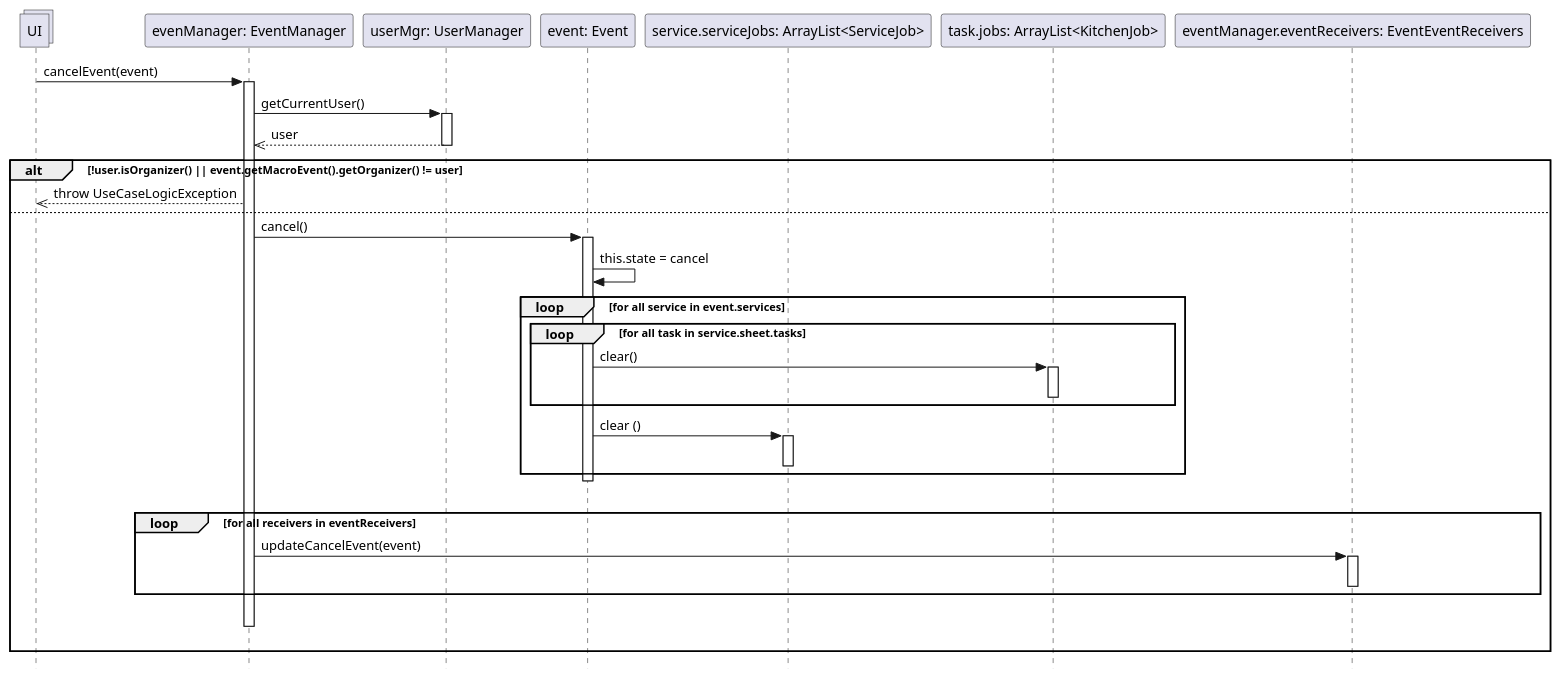
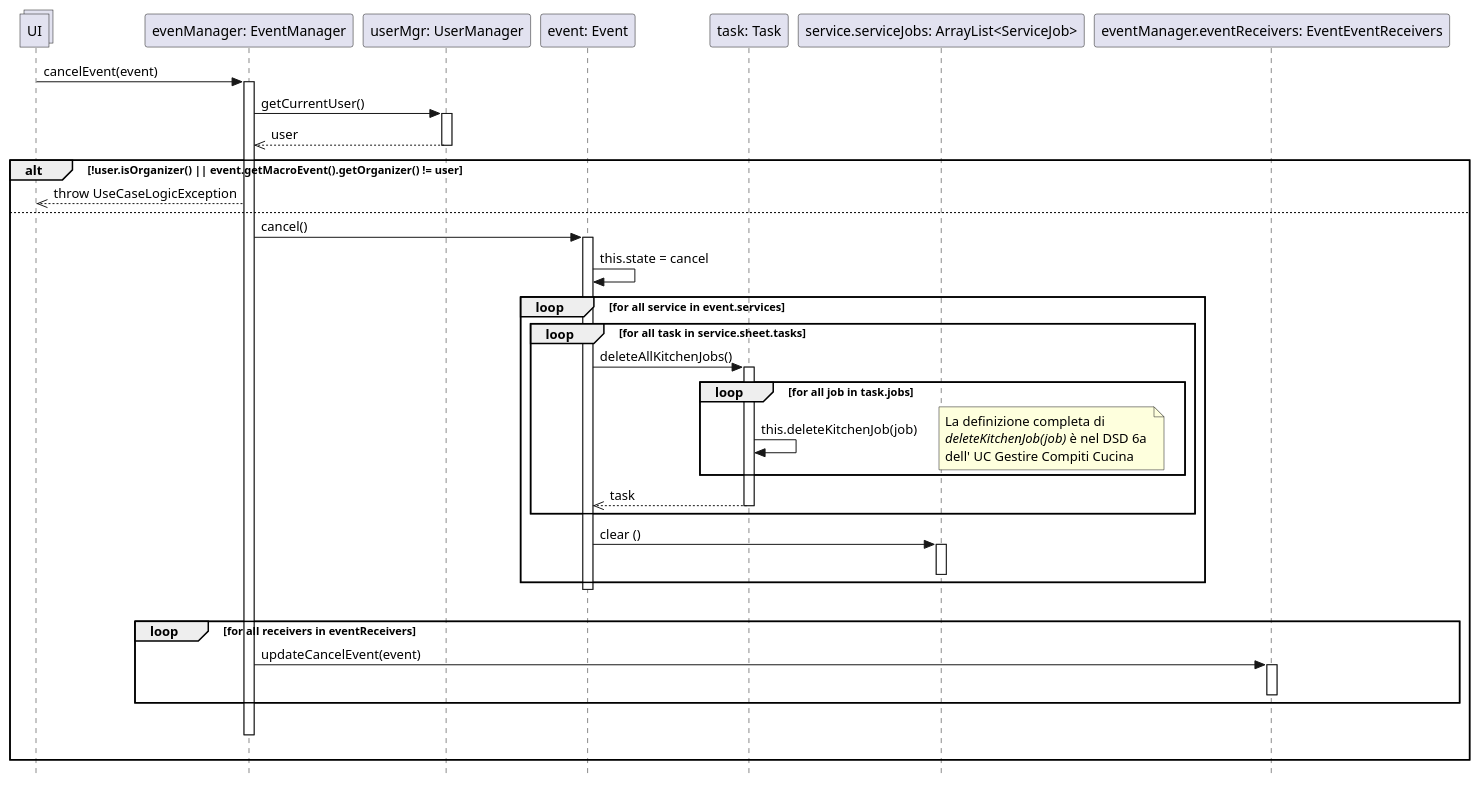
Before and after one commit to stefa168/sas-project: the diagram in UP/Progettazione/UC Gestire Eventi/DSD/DSD Operazione 1a.2.puml, drawn with PlantUML. The commit also changed 4 other files, not shown here.

```diff
--- a/UP/Progettazione/UC Gestire Eventi/DSD/DSD Operazione 1a.2.puml
+++ b/UP/Progettazione/UC Gestire Eventi/DSD/DSD Operazione 1a.2.puml
@@ -1,50 +1,55 @@
 @startuml
 skinparam Style strictuml
 
 collections UI
 participant "evenManager: EventManager" as em
 participant "userMgr: UserManager" as um
 participant "event: Event" as ev
+participant "task: Task" as task
 participant "service.serviceJobs: ArrayList<ServiceJob>" as sj
-participant "task.jobs: ArrayList<KitchenJob>" as kj
 participant "eventManager.eventReceivers: EventEventReceivers" as eer
 
 UI -> em: cancelEvent(event)
 activate em
 em -> um: getCurrentUser()
 activate um
 em <<-- um: user
 deactivate um
 
 alt !user.isOrganizer() || event.getMacroEvent().getOrganizer() != user
     UI <<-- em: throw UseCaseLogicException
 else
     em -> ev: cancel()
     activate ev
     ev -> ev: this.state = cancel
 
     loop for all service in event.services
+        loop for all task in service.sheet.tasks
+            ev -> task: deleteAllKitchenJobs()
+            activate task
+            loop for all job in task.jobs
+                task -> task: this.deleteKitchenJob(job)
+                note right: La definizione completa di\n//deleteKitchenJob(job)// è nel DSD 6a \ndell' UC Gestire Compiti Cucina
+            end
+            ev <<-- task: task
+            deactivate task
 
-        loop for all task in service.sheet.tasks
-            ev -> kj: clear()
-            activate kj
-            deactivate kj
         end
 
         ev -> sj: clear ()
         activate sj
         deactivate sj
     end
 
     deactivate ev
     |||
     loop for all receivers in eventReceivers
         em -> eer: updateCancelEvent(event)
         activate eer
         deactivate eer
     end
     |||
     deactivate em
     |||
 end
 @enduml
```
